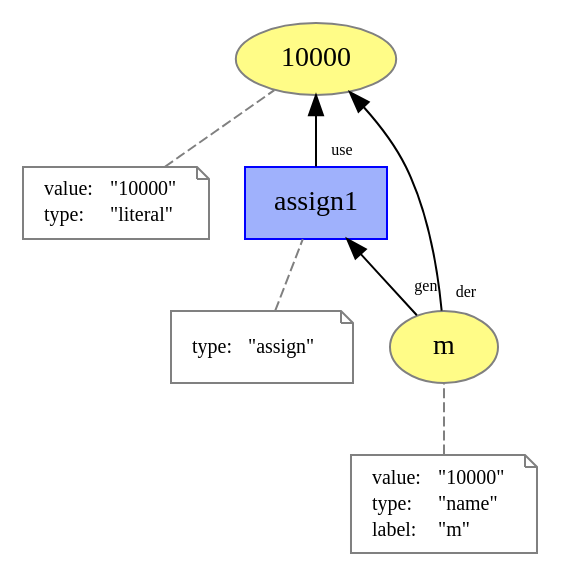
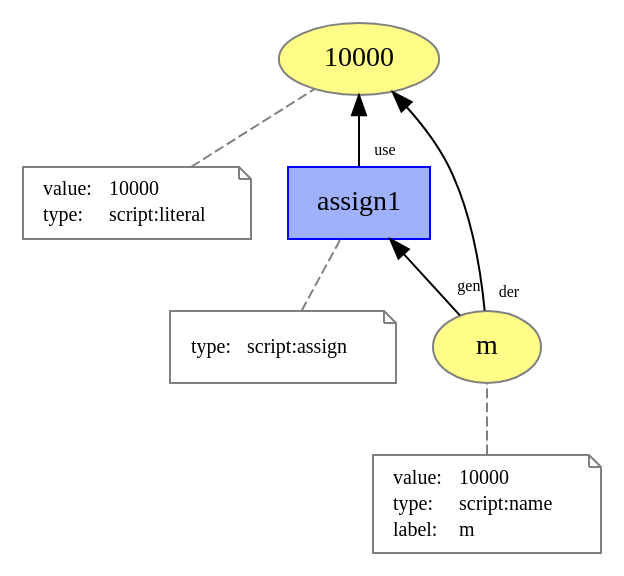
The diagram in images/prov_dictionary/assign.dot (dew-uff/versioned-prov), drawn with Graphviz before and after one commit. The commit also changed 243 other files, not shown here.

```diff
--- a/images/prov_dictionary/assign.dot
+++ b/images/prov_dictionary/assign.dot
@@ -1,41 +1,41 @@
 digraph "PROV" { size="16,12"; rankdir="BT";
 "http://example.org/10000" [fillcolor="#FFFC87",color="#808080",style="filled",label="10000",URL="http://example.org/10000"]
 "-attrs0" [color="gray",shape="note",fontsize="10",fontcolor="black",label=<<TABLE cellpadding="0" border="0">
 	<TR>
 	    <TD align="left">value:</TD>
-	    <TD align="left">&quot;10000&quot;</TD>
+	    <TD align="left">10000</TD>
 	</TR>
 	<TR>
 	    <TD align="left">type:</TD>
-	    <TD align="left">&quot;literal&quot;</TD>
+	    <TD align="left">script:literal</TD>
 	</TR>
 </TABLE>>]
 "-attrs0" -> "http://example.org/10000" [color="gray",style="dashed",arrowhead="none"]
 "http://example.org/m" [fillcolor="#FFFC87",color="#808080",style="filled",label="m",URL="http://example.org/m"]
 "-attrs1" [color="gray",shape="note",fontsize="10",fontcolor="black",label=<<TABLE cellpadding="0" border="0">
 	<TR>
 	    <TD align="left">value:</TD>
-	    <TD align="left">&quot;10000&quot;</TD>
+	    <TD align="left">10000</TD>
 	</TR>
 	<TR>
 	    <TD align="left">type:</TD>
-	    <TD align="left">&quot;name&quot;</TD>
+	    <TD align="left">script:name</TD>
 	</TR>
 	<TR>
 	    <TD align="left">label:</TD>
-	    <TD align="left">&quot;m&quot;</TD>
+	    <TD align="left">m</TD>
 	</TR>
 </TABLE>>]
 "-attrs1" -> "http://example.org/m" [color="gray",style="dashed",arrowhead="none"]
 "http://example.org/assign1" [fillcolor="#9FB1FC",color="#0000FF",shape="polygon",sides="4",style="filled",label="assign1",URL="http://example.org/assign1"]
 "-attrs2" [color="gray",shape="note",fontsize="10",fontcolor="black",label=<<TABLE cellpadding="0" border="0">
 	<TR>
 	    <TD align="left">type:</TD>
-	    <TD align="left">&quot;assign&quot;</TD>
+	    <TD align="left">script:assign</TD>
 	</TR>
 </TABLE>>]
 "-attrs2" -> "http://example.org/assign1" [color="gray",style="dashed",arrowhead="none"]
 "http://example.org/assign1" -> "http://example.org/10000" [labelfontsize="8",labeldistance="1.5",labelangle="60.0",rotation="20",taillabel="use"]
 "http://example.org/m" -> "http://example.org/assign1" [labelfontsize="8",labeldistance="1.5",labelangle="60.0",rotation="20",taillabel="gen"]
 "http://example.org/m" -> "http://example.org/10000" [labelfontsize="8",labeldistance="1.5",labelangle="60.0",rotation="20",taillabel="der"]
 }
```
